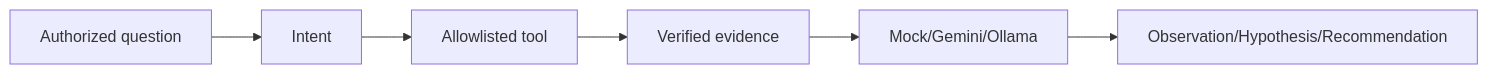
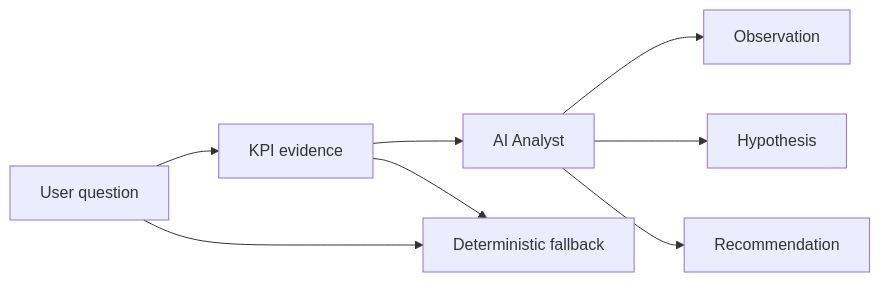
One commit to mirza019/fieldops-intelligence changed the fifth of 5 diagrams in README.md. Above: the diagram before and after it, drawn with Mermaid. The commit also changed other lines of this file, not shown here.

Commit message:
Rewrite README to match the actual FieldOps architecture and status

````diff
--- a/README.md
+++ b/README.md
@@ -92,4 +144,10 @@
 ```mermaid
 flowchart LR
- Q[Authorized question]-->I[Intent]-->T[Allowlisted tool]-->E[Verified evidence]-->L[Mock/Gemini/Ollama]-->O[Observation/Hypothesis/Recommendation]
+    Q[User question] --> K[KPI evidence]
+    K --> A[AI Analyst]
+    A --> O[Observation]
+    A --> H[Hypothesis]
+    A --> R[Recommendation]
+    Q --> F[Deterministic fallback]
+    K --> F
 ```
````
